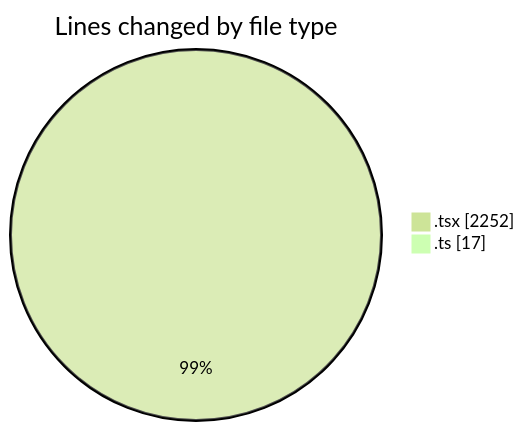
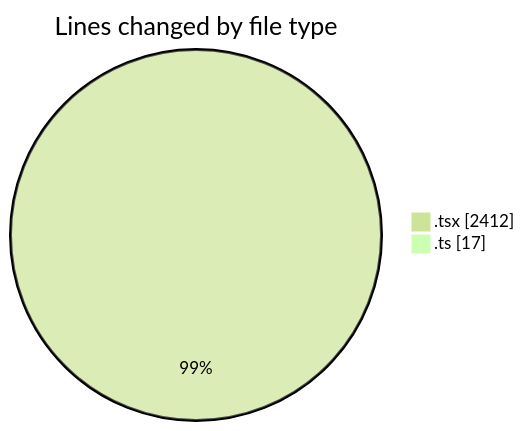
Before and after one commit to nxtqubesakshisongat/code-tracking: the first of 2 diagrams in 2026-03-15/nxtqube_webapp/README.md, drawn with Mermaid (forest theme). The commit also changed other lines of this file and 1 other file, not shown here.

````diff
--- a/2026-03-15/nxtqube_webapp/README.md
+++ b/2026-03-15/nxtqube_webapp/README.md
@@ -23,6 +23,6 @@
 ```mermaid
 pie showData
 title Lines changed by file type
-".tsx" : 2252
+".tsx" : 2412
 ".ts" : 17
 ```
````
